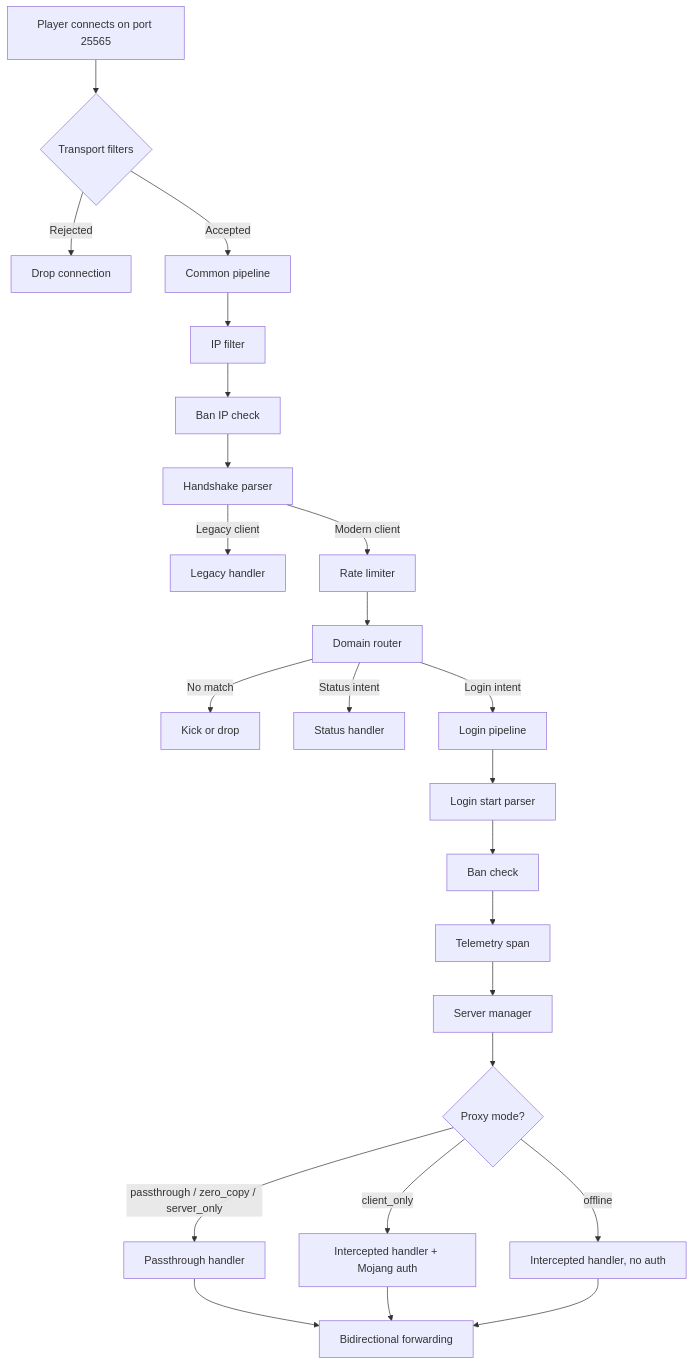
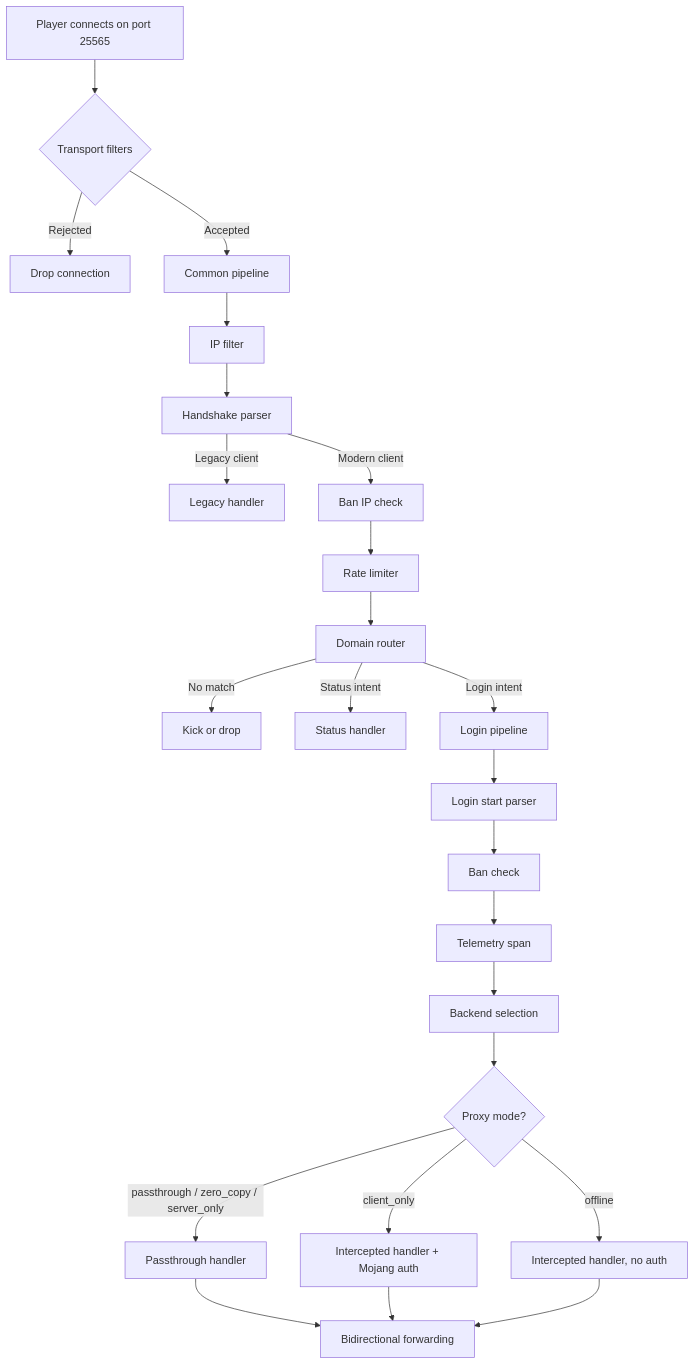
Before and after one commit to Shadowner/Infrarust: the diagram in docs/v2/guide/how-it-works.md, drawn with Mermaid. The commit also changed other lines of this file and 31 other files, not shown here.

````diff
--- a/docs/v2/guide/how-it-works.md
+++ b/docs/v2/guide/how-it-works.md
@@ -13,31 +13,31 @@
 ```mermaid
 flowchart TD
     A[Player connects on port 25565] --> TF{Transport filters}
     TF -->|Rejected| DROP[Drop connection]
     TF -->|Accepted| CP[Common pipeline]
 
     CP --> IP[IP filter]
-    IP --> BAN_IP[Ban IP check]
-    BAN_IP --> HS[Handshake parser]
+    IP --> HS[Handshake parser]
     HS -->|Legacy client| LEGACY[Legacy handler]
-    HS -->|Modern client| RL[Rate limiter]
+    HS -->|Modern client| BAN_IP[Ban IP check]
+    BAN_IP --> RL[Rate limiter]
     RL --> DR[Domain router]
     DR -->|No match| REJECT[Kick or drop]
 
     DR -->|Status intent| STATUS[Status handler]
     DR -->|Login intent| LP[Login pipeline]
 
     LP --> LS[Login start parser]
     LS --> BAN[Ban check]
     BAN --> TEL[Telemetry span]
-    TEL --> SM[Server manager]
+    TEL --> BS[Backend selection]
 
-    SM --> MODE{Proxy mode?}
+    BS --> MODE{Proxy mode?}
     MODE -->|passthrough / zero_copy / server_only| PT[Passthrough handler]
     MODE -->|client_only| CO[Intercepted handler + Mojang auth]
     MODE -->|offline| OFF[Intercepted handler, no auth]
 
     PT --> FWD[Bidirectional forwarding]
     CO --> FWD
     OFF --> FWD
 ```
````
